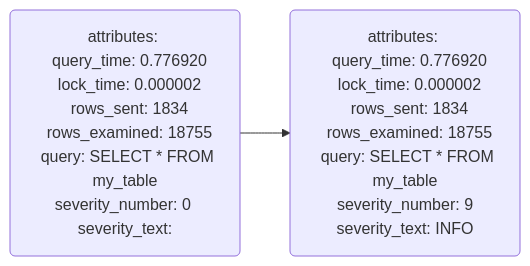
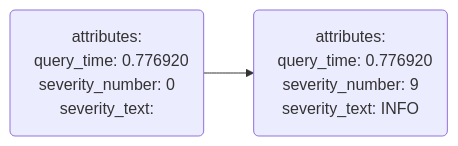
The diagram in code/mysql-severity.mmd (evan-bradley/ottl-cookbook), drawn with Mermaid before and after one commit. The commit also changed 2 other files, not shown here.

```diff
--- a/code/mysql-severity.mmd
+++ b/code/mysql-severity.mmd
@@ -1,20 +1,12 @@
 flowchart LR
     log0(attributes: 
 &nbsp;&nbsp;query_time: 0.776920
-&nbsp;&nbsp;lock_time: 0.000002
-&nbsp;&nbsp;rows_sent: 1834
-&nbsp;&nbsp;rows_examined: 18755
-&nbsp;&nbsp;query: SELECT * FROM my_table
 severity_number: 0 
 severity_text:
     )
     log1(attributes: 
 &nbsp;&nbsp;query_time: 0.776920
-&nbsp;&nbsp;lock_time: 0.000002
-&nbsp;&nbsp;rows_sent: 1834
-&nbsp;&nbsp;rows_examined: 18755
-&nbsp;&nbsp;query: SELECT * FROM my_table
 severity_number: 9
 severity_text: INFO
     )
     log0 --> log1
```
